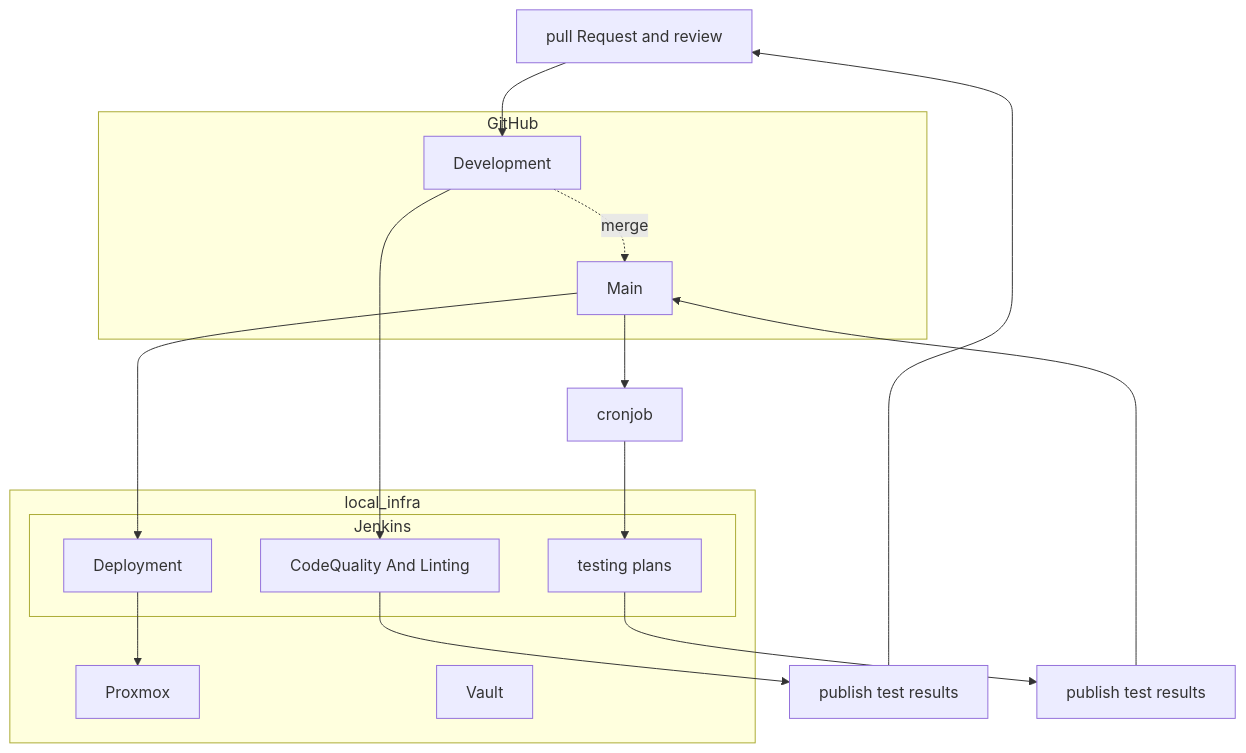
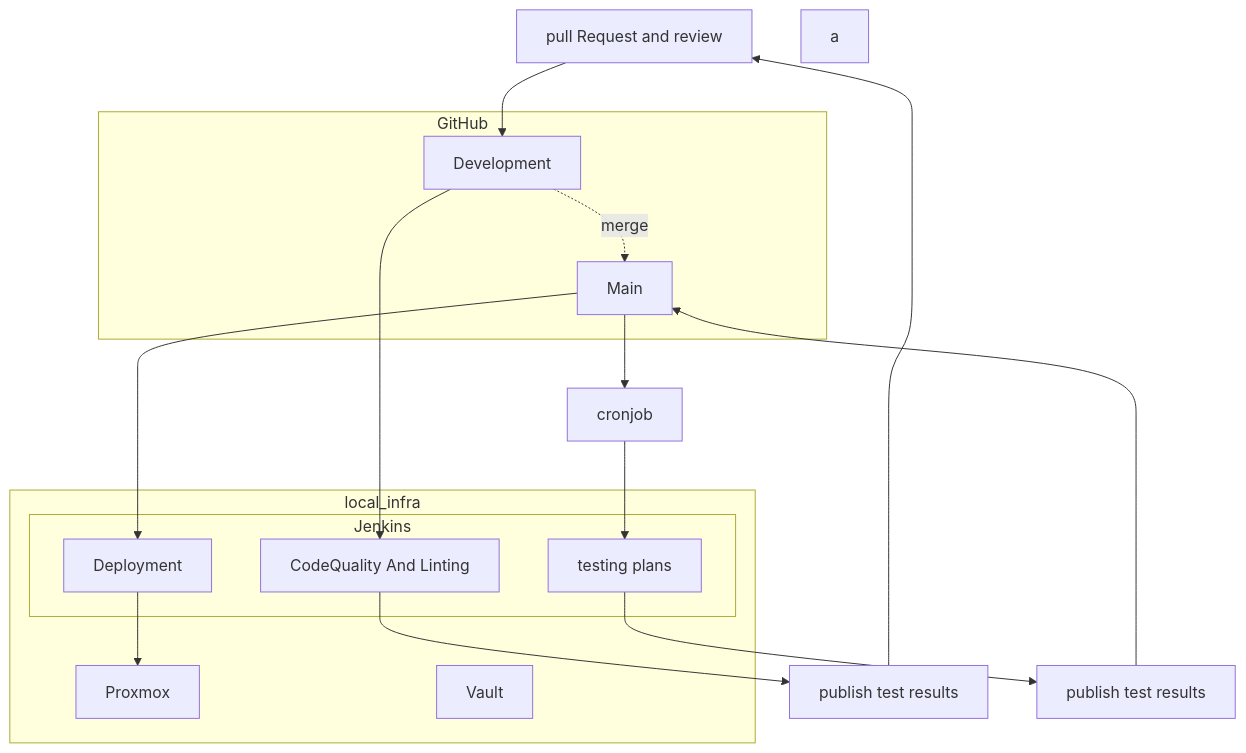
One commit to ji-podhead/iac-testrepo changed the diagram in README.md. Above: the diagram before and after it, drawn with Mermaid.

````diff
--- a/README.md
+++ b/README.md
@@ -7,36 +7,36 @@
 ```mermaid
 graph TD;
     p1[pull Request and review]
     pub1[publish test results]
     pub2[publish test results]
     cronjob
 
     subgraph local_infra
     Proxmox
     Vault
 
   subgraph Jenkins
       c1[CodeQuality And Linting]
         t1[testing plans]
 	d1[Deployment]
     end
 end     
-
+a
     subgraph GitHub 
         Main 
         Development 
     end
 
 Development --> c1
 c1-->pub1
 pub1-->p1
 p1-->Development
 
 Main -->cronjob
 cronjob-->t1
 t1-->pub2
 pub2-->Main
 Development -."merge".->Main
 d1-->Proxmox
 Main-->d1
 ```
````
